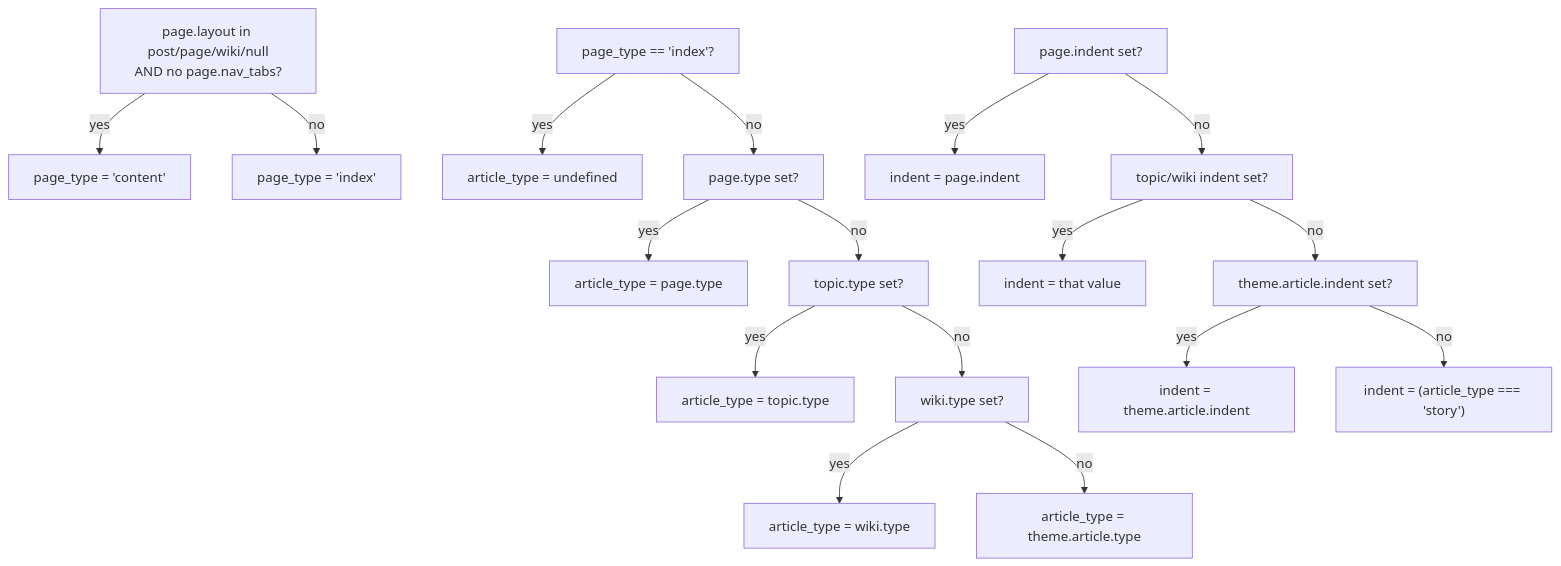
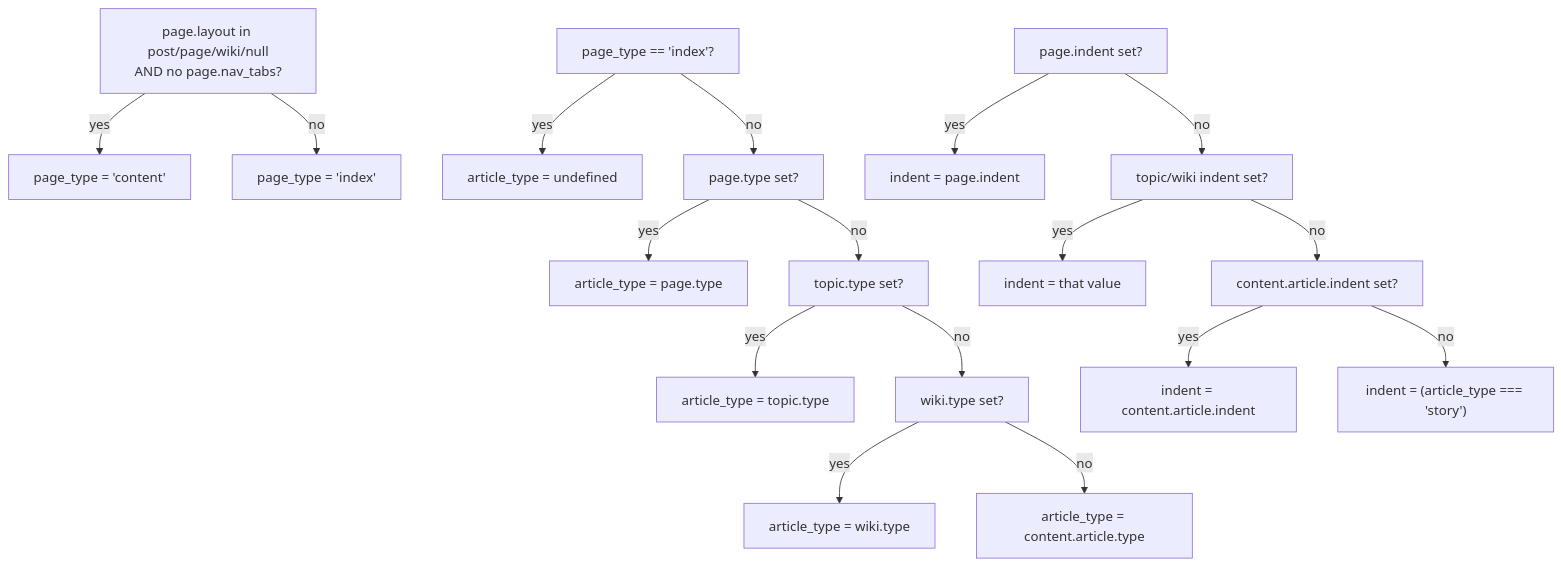
One commit to xaoxuu/hexo-theme-stellar changed the second of 3 diagrams in docs/knowledge/02-布局系统/layout-overview.md. Above: the diagram before and after it, drawn with Mermaid. The commit also changed other lines of this file and 50 other files, not shown here.

````diff
--- a/docs/knowledge/02-布局系统/layout-overview.md
+++ b/docs/knowledge/02-布局系统/layout-overview.md
@@ -157,25 +157,25 @@
 ```mermaid
 flowchart TD
     A["page.layout in post/page/wiki/null
 AND no page.nav_tabs?"]
     A -->|"yes"| B["page_type = 'content'"]
     A -->|"no"| C["page_type = 'index'"]
 
     D["page_type == 'index'?"]
     D -->|"yes"| E["article_type = undefined"]
     D -->|"no"| F["page.type set?"]
     F -->|"yes"| G["article_type = page.type"]
     F -->|"no"| H["topic.type set?"]
     H -->|"yes"| I["article_type = topic.type"]
     H -->|"no"| J["wiki.type set?"]
     J -->|"yes"| K["article_type = wiki.type"]
-    J -->|"no"| L["article_type = theme.article.type"]
+    J -->|"no"| L["article_type = content.article.type"]
 
     M["page.indent set?"]
     M -->|"yes"| N["indent = page.indent"]
     M -->|"no"| O["topic/wiki indent set?"]
     O -->|"yes"| P["indent = that value"]
-    O -->|"no"| Q["theme.article.indent set?"]
-    Q -->|"yes"| R["indent = theme.article.indent"]
+    O -->|"no"| Q["content.article.indent set?"]
+    Q -->|"yes"| R["indent = content.article.indent"]
     Q -->|"no"| S["indent = (article_type === 'story')"]
 ```
````
